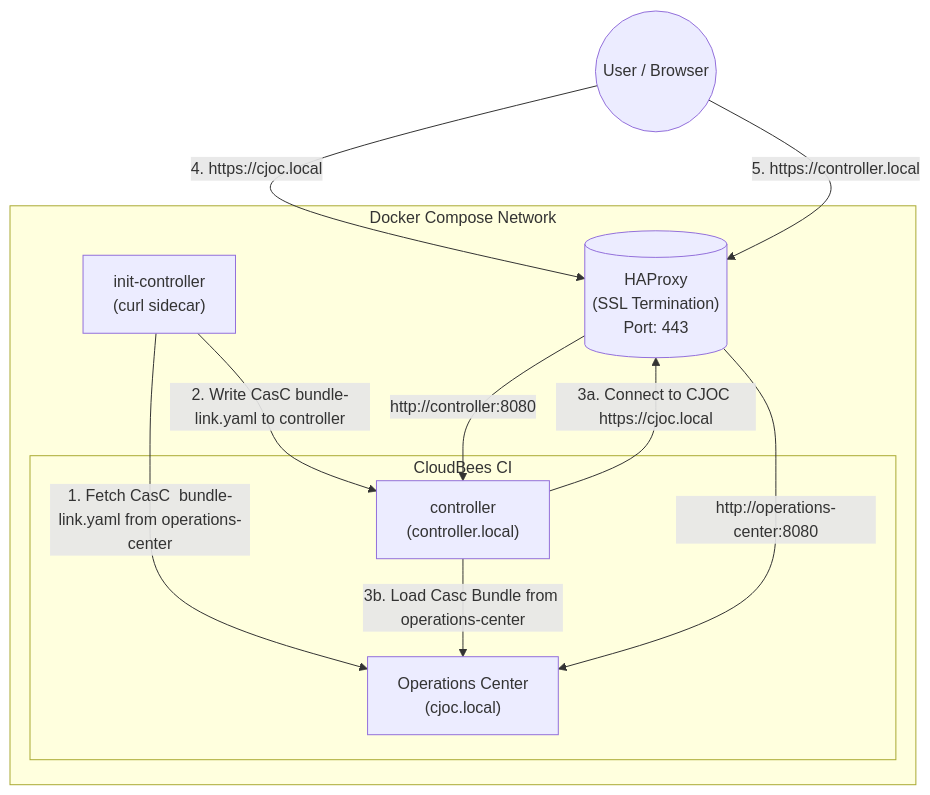
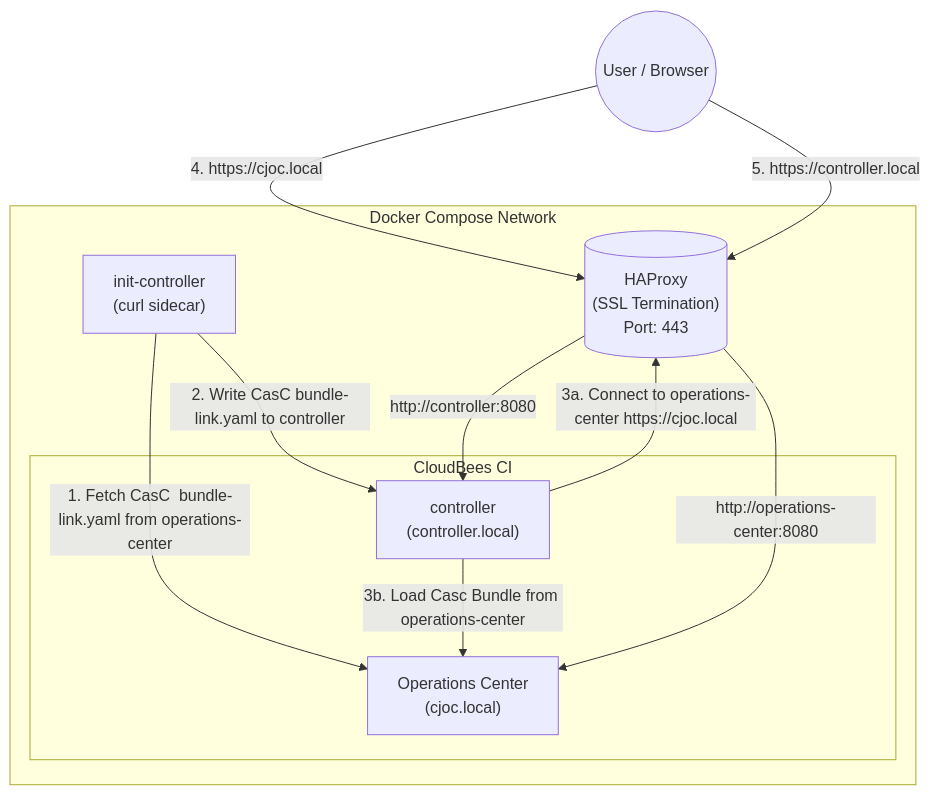
One commit to cb-ci/ci-traditional changed the diagram in README.md. Above: the diagram before and after it, drawn with Mermaid.

````diff
--- a/README.md
+++ b/README.md
@@ -12,27 +12,27 @@
 ```mermaid
 graph TD
     User((User / Browser))
     subgraph "Docker Compose Network"
         HAProxy[("HAProxy
         (SSL Termination)
         Port: 443")]
         
         subgraph "CloudBees CI"
             CJOC["Operations Center
             (cjoc.local)"]
             Controller["controller
             (controller.local)"]
         end
         
         Init["init-controller
         (curl sidecar)"]       
     end    
     
     Init -- "1. Fetch CasC  bundle-link.yaml from operations-center" --> CJOC
     Init -- "2. Write CasC bundle-link.yaml to controller" --> Controller
-    Controller -- "3a. Connect to CJOC https://cjoc.local" --> HAProxy
+    Controller -- "3a. Connect to operations-center https://cjoc.local" --> HAProxy
     Controller -- "3b. Load Casc Bundle from operations-center" --> CJOC
 
     User -- "4. https://cjoc.local" --> HAProxy -- "http://operations-center:8080" --> CJOC
     User -- "5. https://controller.local" --> HAProxy -- "http://controller:8080" --> Controller
 ```
````
